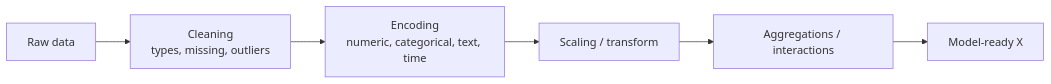
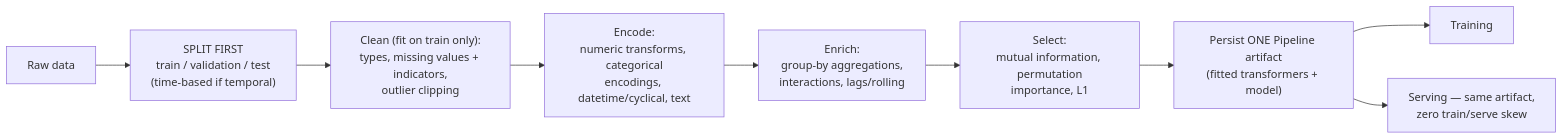
The first of 2 diagrams in roadmap/phase-1-classical-ml/15-feature-engineering.md (ABHIRAM3007/itp), drawn with Mermaid before and after one commit. The commit also changed other lines of this file and 23 other files, not shown here.

````diff
--- a/roadmap/phase-1-classical-ml/15-feature-engineering.md
+++ b/roadmap/phase-1-classical-ml/15-feature-engineering.md
@@ -96,8 +134,11 @@
 ```mermaid
 flowchart LR
-    R["Raw data"] --> C["Cleaning<br/>types, missing, outliers"]
-    C --> E["Encoding<br/>numeric, categorical, text, time"]
-    E --> S["Scaling / transform"]
-    S --> A["Aggregations / interactions"]
-    A --> F["Model-ready X"]
+    R["Raw data"] --> SP["SPLIT FIRST<br/>train / validation / test<br/>(time-based if temporal)"]
+    SP --> C["Clean (fit on train only):<br/>types, missing values + indicators,<br/>outlier clipping"]
+    C --> E["Encode:<br/>numeric transforms, categorical<br/>encodings, datetime/cyclical, text"]
+    E --> A["Enrich:<br/>group-by aggregations,<br/>interactions, lags/rolling"]
+    A --> S["Select:<br/>mutual information, permutation<br/>importance, L1"]
+    S --> P["Persist ONE Pipeline artifact<br/>(fitted transformers + model)"]
+    P --> T["Training"]
+    P --> V["Serving — same artifact,<br/>zero train/serve skew"]
 ```
````
